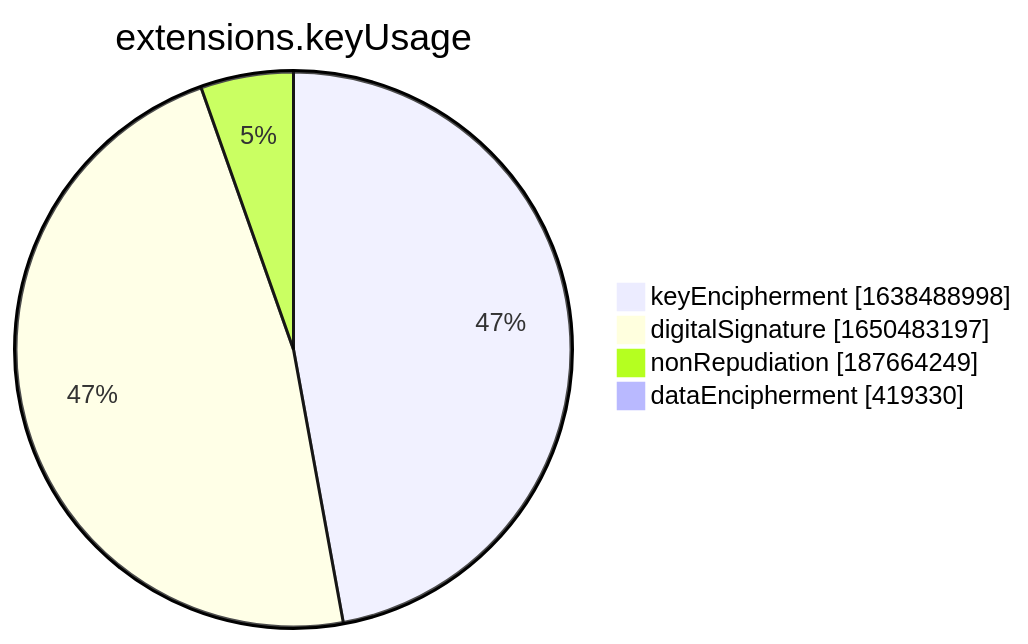
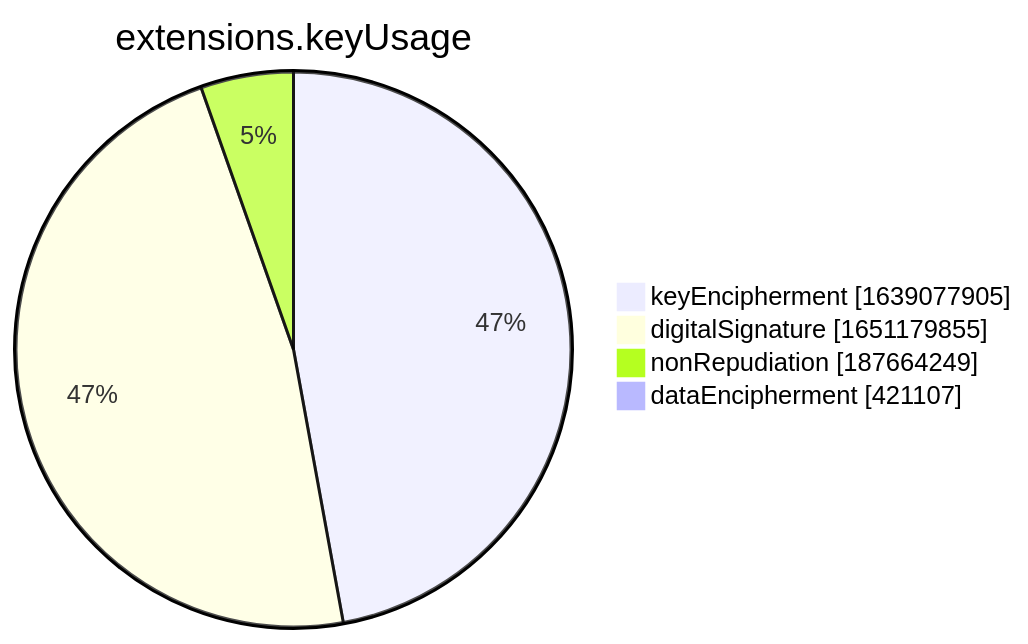
The seventh of 15 diagrams in xenon2022/README.md (christiankrug/ctmonitor_visualization), drawn with Mermaid before and after one commit. The commit also changed other lines of this file, not shown here.

````diff
--- a/xenon2022/README.md
+++ b/xenon2022/README.md
@@ -2856,8 +2856,8 @@
 ```mermaid
 pie showData
 title extensions.keyUsage
-"keyEncipherment" :1638488998
-"digitalSignature" :1650483197
+"keyEncipherment" :1639077905
+"digitalSignature" :1651179855
 "nonRepudiation" :187664249
-"dataEncipherment" :419330
+"dataEncipherment" :421107
 ```
````
